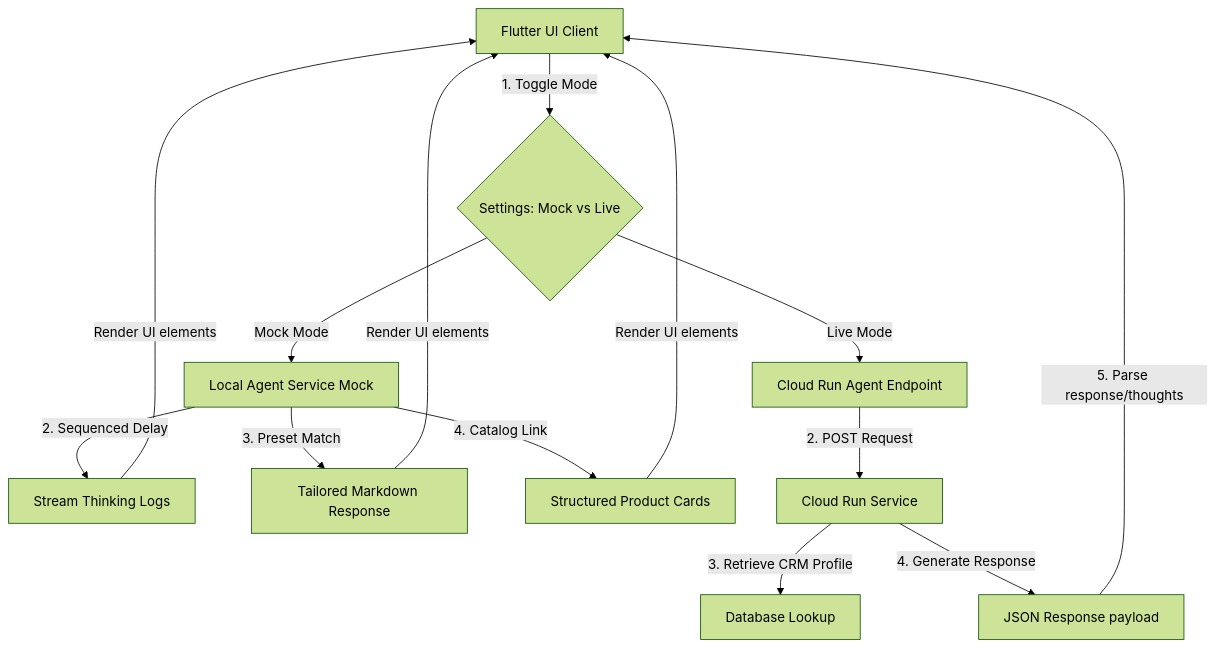
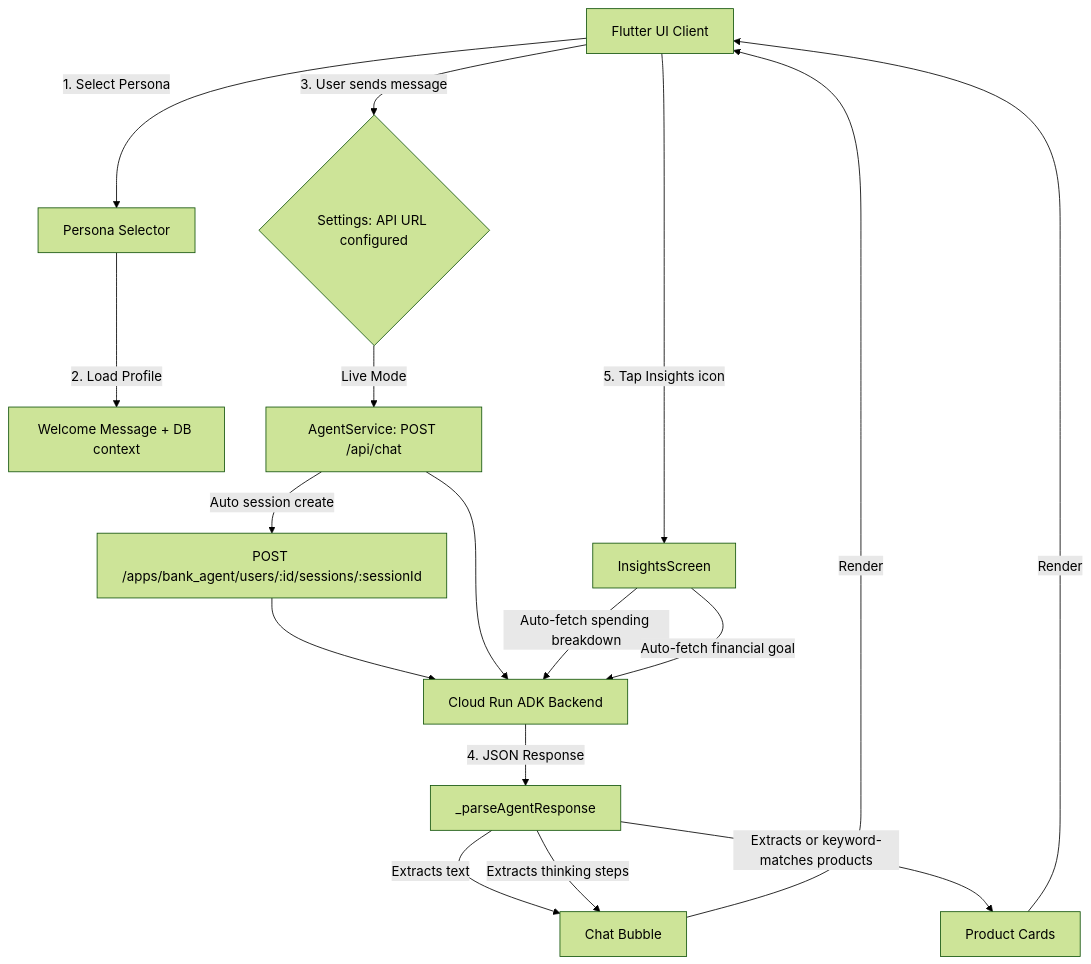
The diagram in README.md (TheOneTrueSahil/EDB-Hackathon-UI), drawn with Mermaid (forest theme) before and after one commit. The commit also changed other lines of this file and 1 other file, not shown here.

````diff
--- a/README.md
+++ b/README.md
@@ -30,17 +32,23 @@
 ```mermaid
 graph TD
-    A[Flutter UI Client] -->|1. Toggle Mode| B{Settings: Mock vs Live}
-    B -->|Mock Mode| C[Local Agent Service Mock]
-    B -->|Live Mode| D[Cloud Run Agent Endpoint]
+    A[Flutter UI Client] -->|1. Select Persona| B[Persona Selector]
+    B -->|2. Load Profile| C[Welcome Message + DB context]
 
-    C -->|2. Sequenced Delay| E[Stream Thinking Logs]
-    C -->|3. Preset Match| F[Tailored Markdown Response]
-    C -->|4. Catalog Link| G[Structured Product Cards]
+    A -->|3. User sends message| D{Settings: API URL configured}
+    D -->|Live Mode| E[AgentService: POST /api/chat]
 
-    D -->|2. POST Request| H[Cloud Run Service]
-    H -->|3. Retrieve CRM Profile| I[Database Lookup]
-    H -->|4. Generate Response| J[JSON Response payload]
-    J -->|5. Parse response/thoughts| A
+    E -->|Auto session create| F["POST /apps/bank_agent/users/:id/sessions/:sessionId"]
+    F --> G[Cloud Run ADK Backend]
+    E --> G
 
-    E & F & G -->|Render UI elements| A
+    G -->|4. JSON Response| H[_parseAgentResponse]
+    H -->|Extracts text| I[Chat Bubble]
+    H -->|Extracts thinking steps| I
+    H -->|Extracts or keyword-matches products| J[Product Cards]
+
+    I & J -->|Render| A
+
+    A -->|5. Tap Insights icon| K[InsightsScreen]
+    K -->|Auto-fetch spending breakdown| G
+    K -->|Auto-fetch financial goal| G
 ```
````
